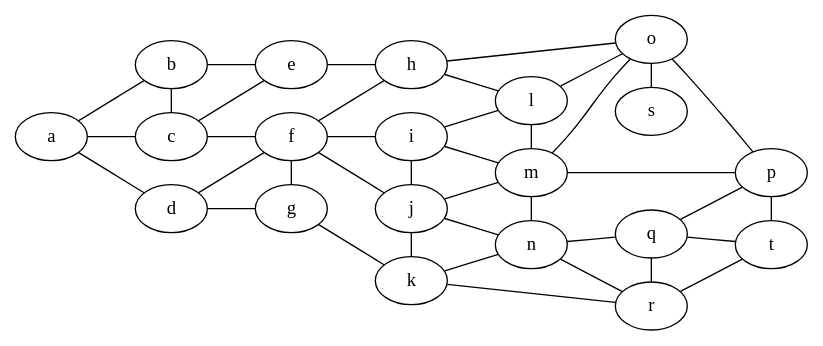
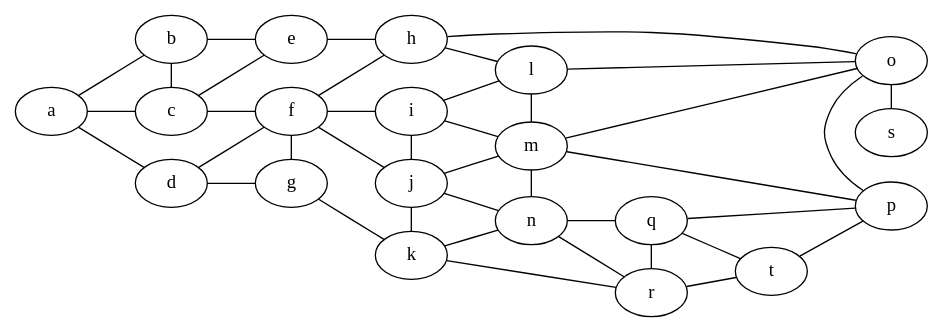
The fifth of 8 diagrams in README.md (mariusz-schimke/GiGraph), drawn with Graphviz before and after one commit. The commit also changed other lines of this file, not shown here.

````diff
--- a/README.md
+++ b/README.md
@@ -419,61 +420,73 @@
 ```DOT
 graph
 {
     rankdir = LR
+
+    {
+        rank = same
+
+        b
+        c
+        d
+    }
+
+    {
+        rank = same
+
+        e
+        f
+        g
+    }
+
+    {
+        rank = same
+
+        h
+        i
+        j
+        k
+    }
+
+    {
+        rank = same
+
+        l
+        m
+        n
+    }
+
+    {
+        rank = same
+
+        q
+        r
+    }
+
+    {
+        rank = max
+
+        o
+        s
+        p
+    }
 
     e -- h
     g -- k
     r -- t
     a -- { b c d }
     b -- { c e }
     c -- { e f }
     d -- { f g }
     f -- { h i j g }
     h -- { o l }
     i -- { l m j }
     j -- { m n k }
     k -- { n r }
     l -- { o m }
     m -- { o p n }
     n -- { q r }
     o -- { s p }
     p -- { t q }
     q -- { t r }
-
-    {
-        rank = same
-
-        b, c, d
-    }
-
-    {
-        rank = same
-
-        e, f, g
-    }
-
-    {
-        rank = same
-
-        h, i, j, k
-    }
-
-    {
-        rank = same
-
-        l, m, n
-    }
-
-    {
-        rank = same
-
-        o, s, q, r
-    }
-
-    {
-        rank = max
-
-        p, t
-    }
 }
 ```
````
